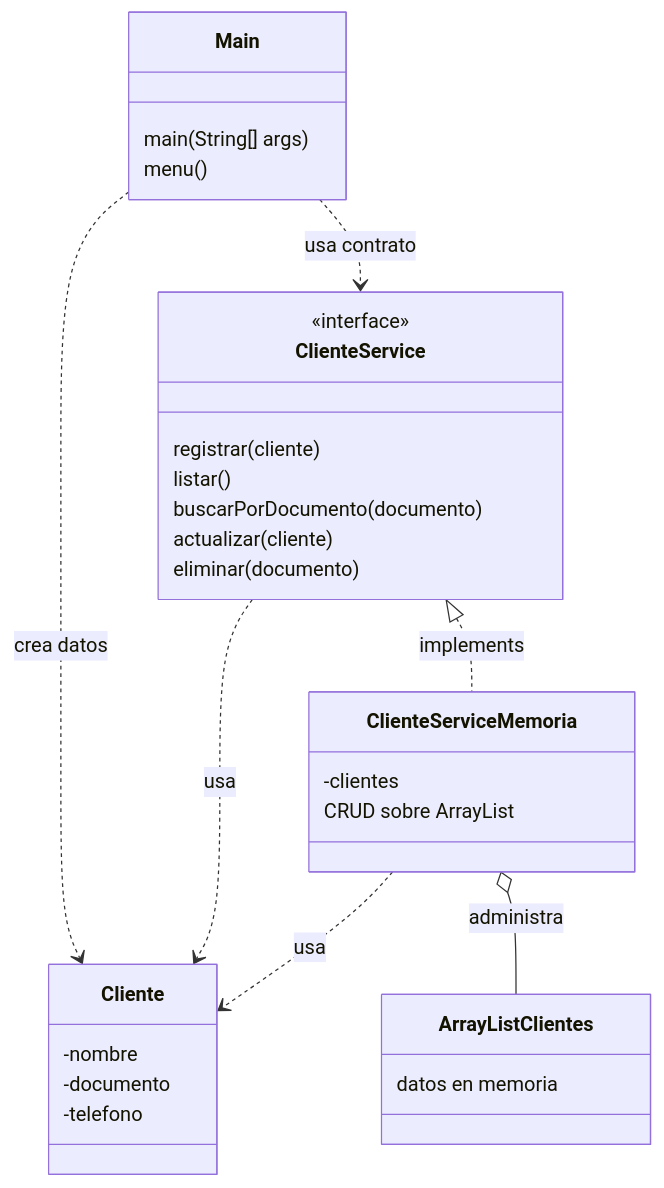
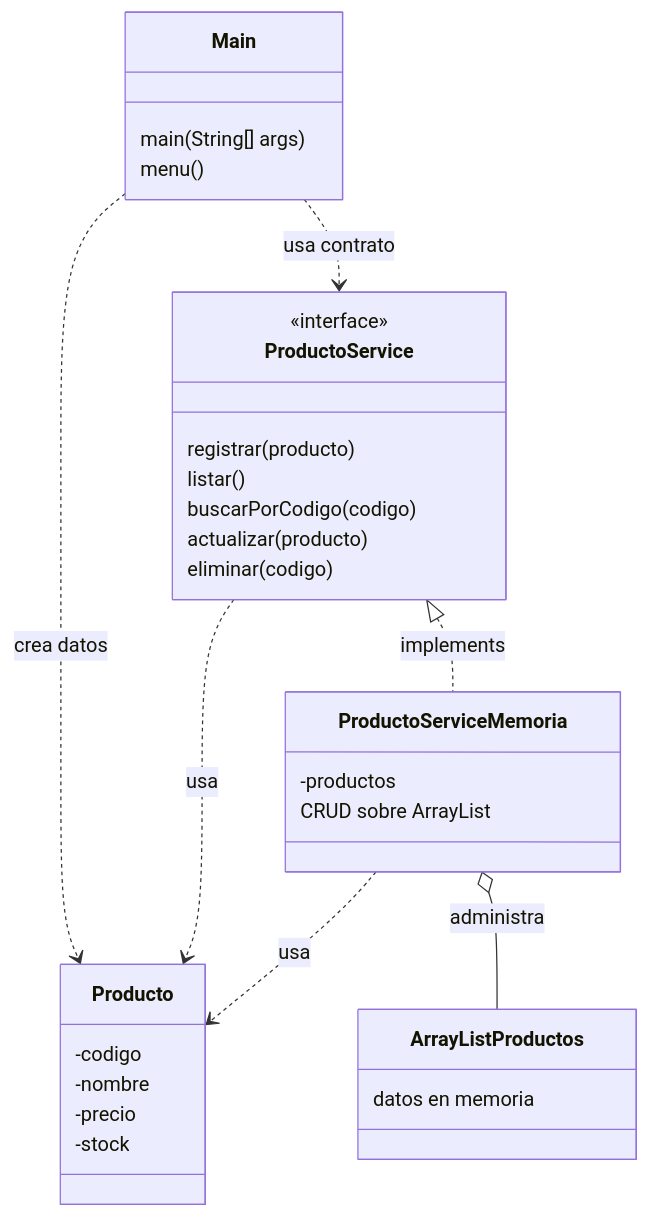
The diagram in docs/S06_Evaluacion_Unidad_1.md (262poo/comarket), drawn with Mermaid before and after one commit. The commit also changed 12 other files, not shown here.

````diff
--- a/docs/S06_Evaluacion_Unidad_1.md
+++ b/docs/S06_Evaluacion_Unidad_1.md
@@ -48,34 +48,35 @@
 ```mermaid
 classDiagram
     class Main {
         main(String[] args)
         menu()
     }
-    class Cliente {
+    class Producto {
+        -codigo
         -nombre
-        -documento
-        -telefono
+        -precio
+        -stock
     }
-    class ClienteService {
+    class ProductoService {
         <<interface>>
-        registrar(cliente)
+        registrar(producto)
         listar()
-        buscarPorDocumento(documento)
-        actualizar(cliente)
-        eliminar(documento)
+        buscarPorCodigo(codigo)
+        actualizar(producto)
+        eliminar(codigo)
     }
-    class ClienteServiceMemoria {
-        -clientes
+    class ProductoServiceMemoria {
+        -productos
         CRUD sobre ArrayList
     }
-    class ArrayListClientes {
+    class ArrayListProductos {
         datos en memoria
     }
 
-    Main ..> ClienteService : usa contrato
-    Main ..> Cliente : crea datos
-    ClienteService <|.. ClienteServiceMemoria : implements
-    ClienteService ..> Cliente : usa
-    ClienteServiceMemoria ..> Cliente : usa
-    ClienteServiceMemoria o-- ArrayListClientes : administra
+    Main ..> ProductoService : usa contrato
+    Main ..> Producto : crea datos
+    ProductoService <|.. ProductoServiceMemoria : implements
+    ProductoService ..> Producto : usa
+    ProductoServiceMemoria ..> Producto : usa
+    ProductoServiceMemoria o-- ArrayListProductos : administra
 ```
````
